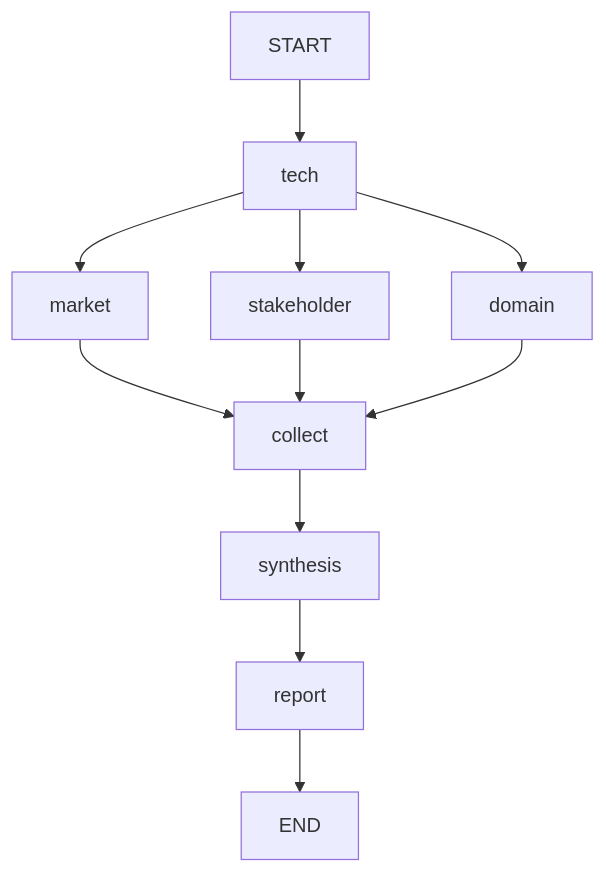
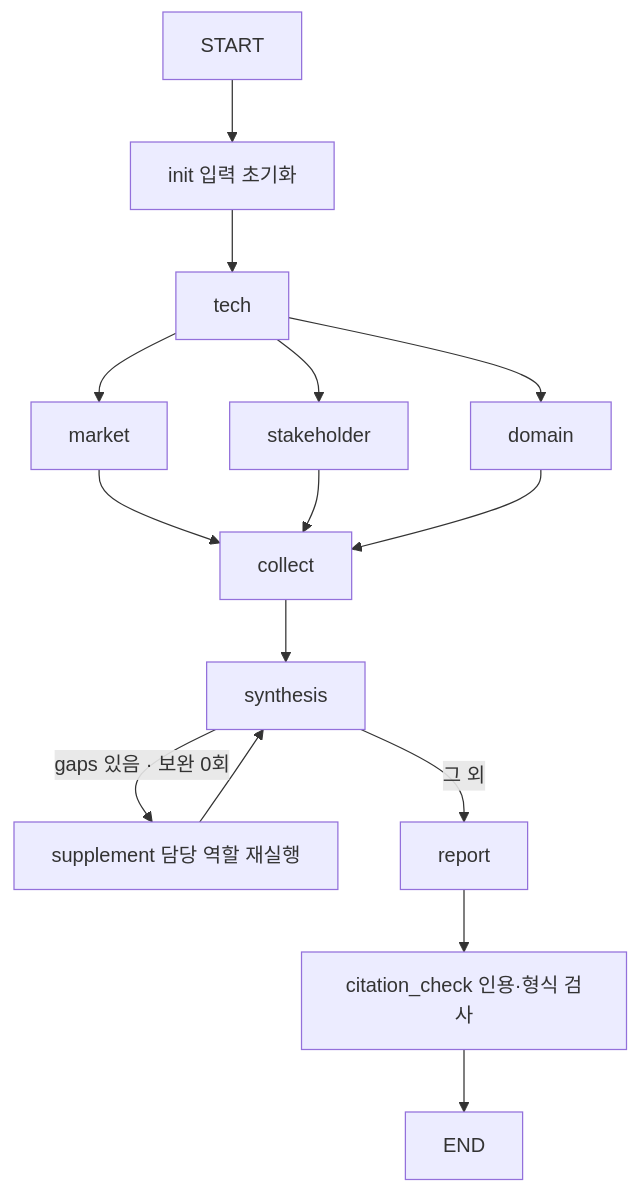
The diagram in README.md (dh610/kv-cache-agentic-rag), drawn with Mermaid before and after one commit. The commit also changed other lines of this file and 19 other files, not shown here.

````diff
--- a/README.md
+++ b/README.md
@@ -98,13 +98,17 @@
 ```mermaid
 flowchart TD
-    START --> tech
+    START --> init[init 입력 초기화]
+    init --> tech
     tech --> market
     tech --> stakeholder
     tech --> domain
     market --> collect
     stakeholder --> collect
     domain --> collect
     collect --> synthesis
-    synthesis --> report
-    report --> END
+    synthesis -->|gaps 있음 · 보완 0회| supplement[supplement 담당 역할 재실행]
+    supplement --> synthesis
+    synthesis -->|그 외| report
+    report --> citation_check[citation_check 인용·형식 검사]
+    citation_check --> END
 ```
````
